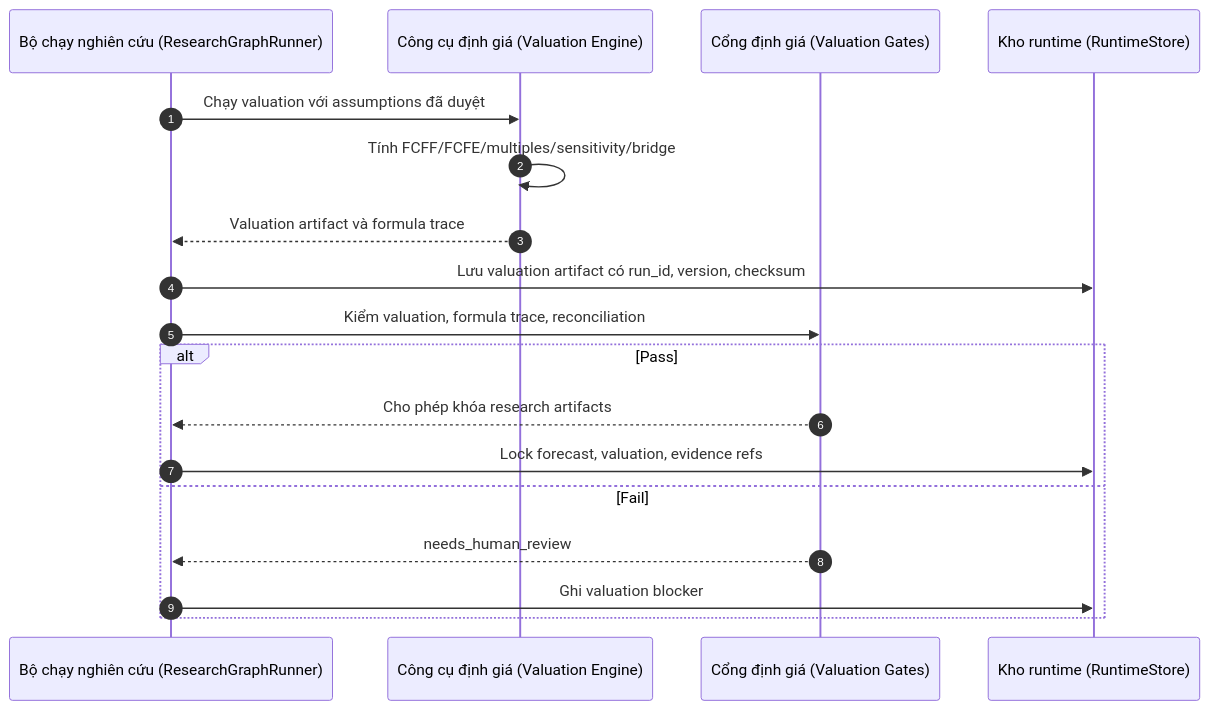
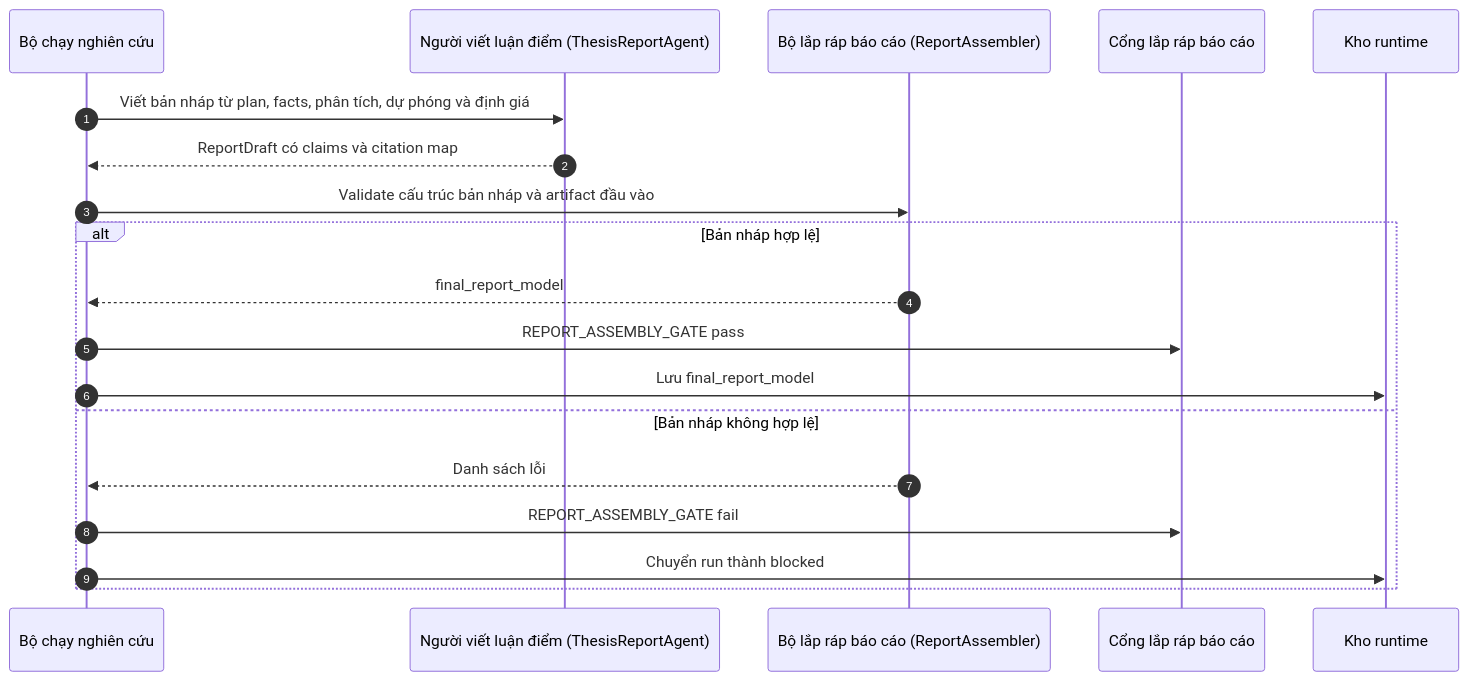
One commit to haubelerche/equity-research-system changed diagram 11 of 24 in docs/SEQUENCE.md. Above: the diagram before and after it, drawn with Mermaid. The commit also changed other lines of this file and 56 other files, not shown here.

````diff
--- a/docs/SEQUENCE.md
+++ b/docs/SEQUENCE.md
@@ -246,21 +321,22 @@
 ```mermaid
 sequenceDiagram
     autonumber
-    participant R as Bộ chạy nghiên cứu (ResearchGraphRunner)
-    participant T as Công cụ định giá (Valuation Engine)
-    participant G as Cổng định giá (Valuation Gates)
-    participant S as Kho runtime (RuntimeStore)
+    participant R as Bộ chạy nghiên cứu
+    participant W as Người viết luận điểm (ThesisReportAgent)
+    participant A as Bộ lắp ráp báo cáo (ReportAssembler)
+    participant G as Cổng lắp ráp báo cáo
+    participant S as Kho runtime
 
-    R->>T: Chạy valuation với assumptions đã duyệt
-    T->>T: Tính FCFF/FCFE/multiples/sensitivity/bridge
-    T-->>R: Valuation artifact và formula trace
-    R->>S: Lưu valuation artifact có run_id, version, checksum
-    R->>G: Kiểm valuation, formula trace, reconciliation
-    alt Pass
-        G-->>R: Cho phép khóa research artifacts
-        R->>S: Lock forecast, valuation, evidence refs
-    else Fail
-        G-->>R: needs_human_review
-        R->>S: Ghi valuation blocker
+    R->>W: Viết bản nháp từ plan, facts, phân tích, dự phóng và định giá
+    W-->>R: ReportDraft có claims và citation map
+    R->>A: Validate cấu trúc bản nháp và artifact đầu vào
+    alt Bản nháp hợp lệ
+        A-->>R: final_report_model
+        R->>G: REPORT_ASSEMBLY_GATE pass
+        R->>S: Lưu final_report_model
+    else Bản nháp không hợp lệ
+        A-->>R: Danh sách lỗi
+        R->>G: REPORT_ASSEMBLY_GATE fail
+        R->>S: Chuyển run thành blocked
     end
 ```
````
